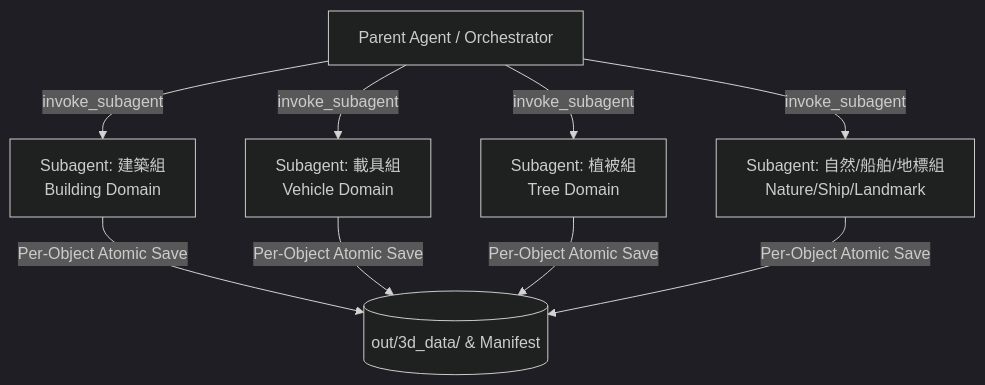
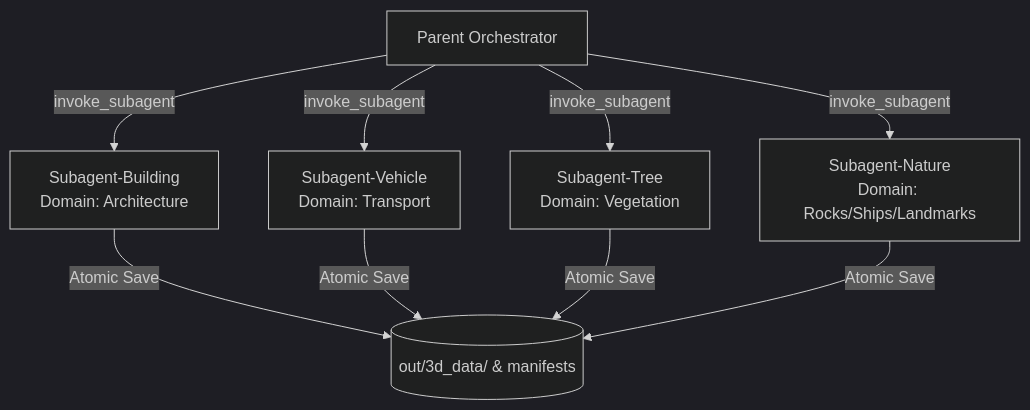
Before and after one commit to changweilin/steel_vs_swarm: the diagram in .agents/skills/gemini-img-to-3d-pipeline/SKILL.md, drawn with Mermaid (dark theme). The commit also changed other lines of this file, not shown here.

````diff
--- a/.agents/skills/gemini-img-to-3d-pipeline/SKILL.md
+++ b/.agents/skills/gemini-img-to-3d-pipeline/SKILL.md
@@ -31,12 +35,12 @@
 ```mermaid
 graph TD
-    Parent[Parent Agent / Orchestrator] -->|invoke_subagent| SubBuilding[Subagent: 建築組<br>Building Domain]
-    Parent -->|invoke_subagent| SubVehicle[Subagent: 載具組<br>Vehicle Domain]
-    Parent -->|invoke_subagent| SubTree[Subagent: 植被組<br>Tree Domain]
-    Parent -->|invoke_subagent| SubNature[Subagent: 自然/船舶/地標組<br>Nature/Ship/Landmark]
+    Parent[Parent Orchestrator] -->|invoke_subagent| SubBld[Subagent-Building<br>Domain: Architecture]
+    Parent -->|invoke_subagent| SubVeh[Subagent-Vehicle<br>Domain: Transport]
+    Parent -->|invoke_subagent| SubTree[Subagent-Tree<br>Domain: Vegetation]
+    Parent -->|invoke_subagent| SubNat[Subagent-Nature<br>Domain: Rocks/Ships/Landmarks]
     
-    SubBuilding -->|Per-Object Atomic Save| Storage[(out/3d_data/ & Manifest)]
-    SubVehicle -->|Per-Object Atomic Save| Storage
-    SubTree -->|Per-Object Atomic Save| Storage
-    SubNature -->|Per-Object Atomic Save| Storage
+    SubBld -->|Atomic Save| Store[(out/3d_data/ & manifests)]
+    SubVeh -->|Atomic Save| Store
+    SubTree -->|Atomic Save| Store
+    SubNat -->|Atomic Save| Store
 ```
````
